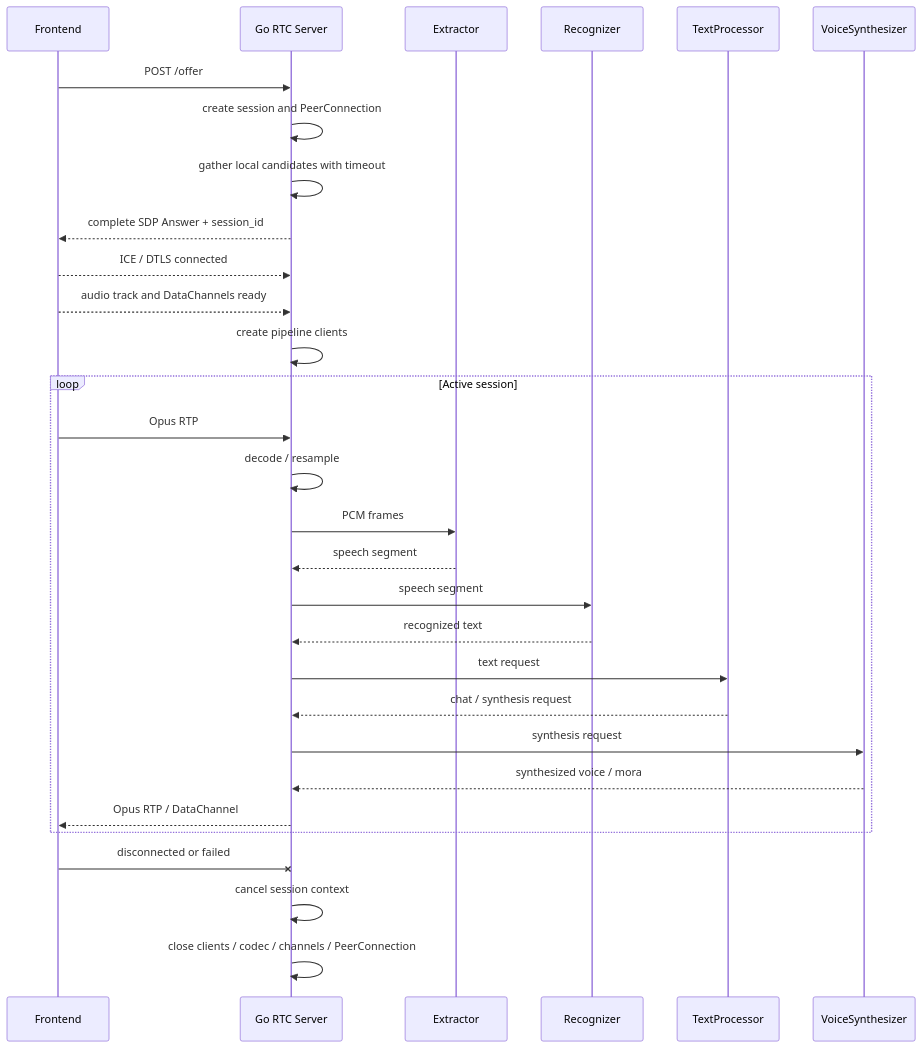
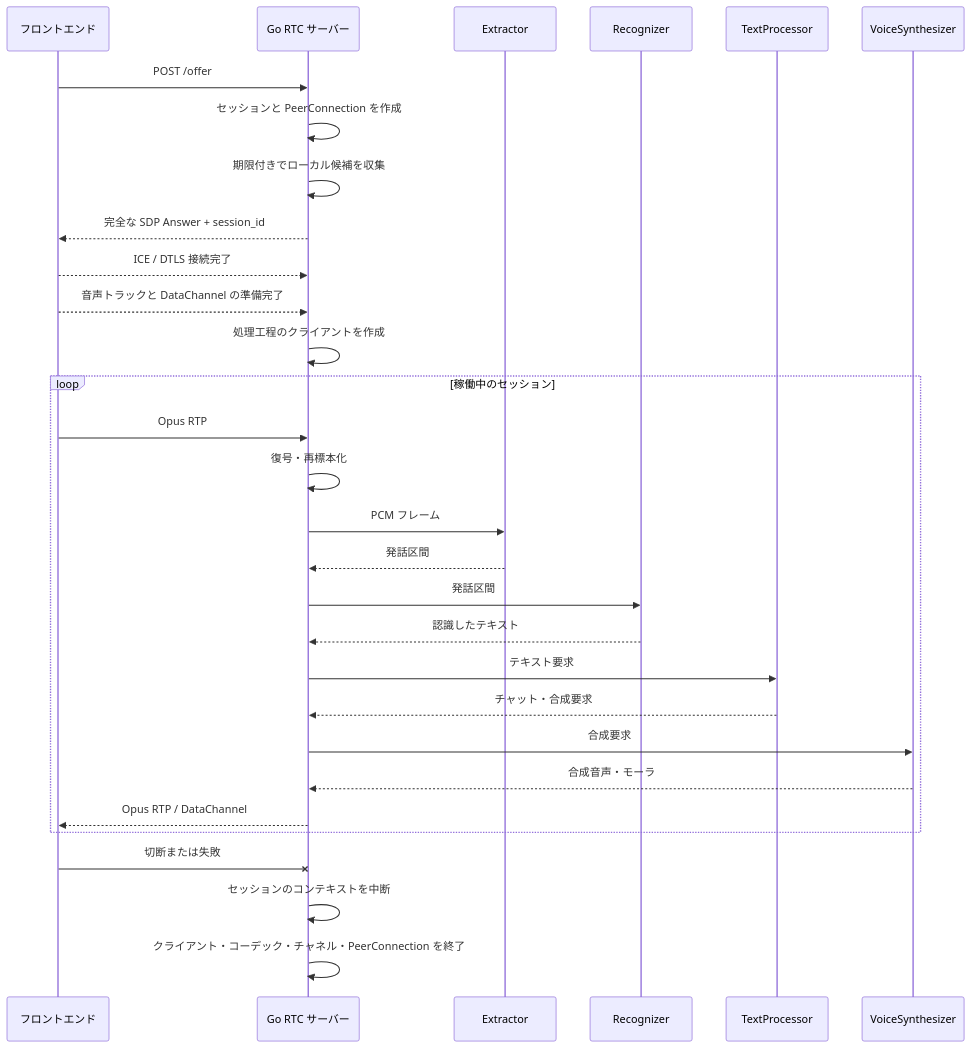
Before and after one commit to Sincromisor/Sincromisor: the third of 5 diagrams in documents/migration/pion/target-architecture.md, drawn with Mermaid. The commit also changed other lines of this file and 94 other files, not shown here.

````diff
--- a/documents/migration/pion/target-architecture.md
+++ b/documents/migration/pion/target-architecture.md
@@ -175,35 +175,35 @@
 ```mermaid
 sequenceDiagram
-    participant F as Frontend
-    participant G as Go RTC Server
+    participant F as フロントエンド
+    participant G as Go RTC サーバー
     participant E as Extractor
     participant R as Recognizer
     participant T as TextProcessor
     participant V as VoiceSynthesizer
 
     F->>G: POST /offer
-    G->>G: create session and PeerConnection
-    G->>G: gather local candidates with timeout
-    G-->>F: complete SDP Answer + session_id
-    F-->>G: ICE / DTLS connected
-    F-->>G: audio track and DataChannels ready
-    G->>G: create pipeline clients
+    G->>G: セッションと PeerConnection を作成
+    G->>G: 期限付きでローカル候補を収集
+    G-->>F: 完全な SDP Answer + session_id
+    F-->>G: ICE / DTLS 接続完了
+    F-->>G: 音声トラックと DataChannel の準備完了
+    G->>G: 処理工程のクライアントを作成
 
-    loop Active session
+    loop 稼働中のセッション
         F->>G: Opus RTP
-        G->>G: decode / resample
-        G->>E: PCM frames
-        E-->>G: speech segment
-        G->>R: speech segment
-        R-->>G: recognized text
-        G->>T: text request
-        T-->>G: chat / synthesis request
-        G->>V: synthesis request
-        V-->>G: synthesized voice / mora
+        G->>G: 復号・再標本化
+        G->>E: PCM フレーム
+        E-->>G: 発話区間
+        G->>R: 発話区間
+        R-->>G: 認識したテキスト
+        G->>T: テキスト要求
+        T-->>G: チャット・合成要求
+        G->>V: 合成要求
+        V-->>G: 合成音声・モーラ
         G-->>F: Opus RTP / DataChannel
     end
 
-    F-xG: disconnected or failed
-    G->>G: cancel session context
-    G->>G: close clients / codec / channels / PeerConnection
+    F-xG: 切断または失敗
+    G->>G: セッションのコンテキストを中断
+    G->>G: クライアント・コーデック・チャネル・PeerConnection を終了
 ```
````
